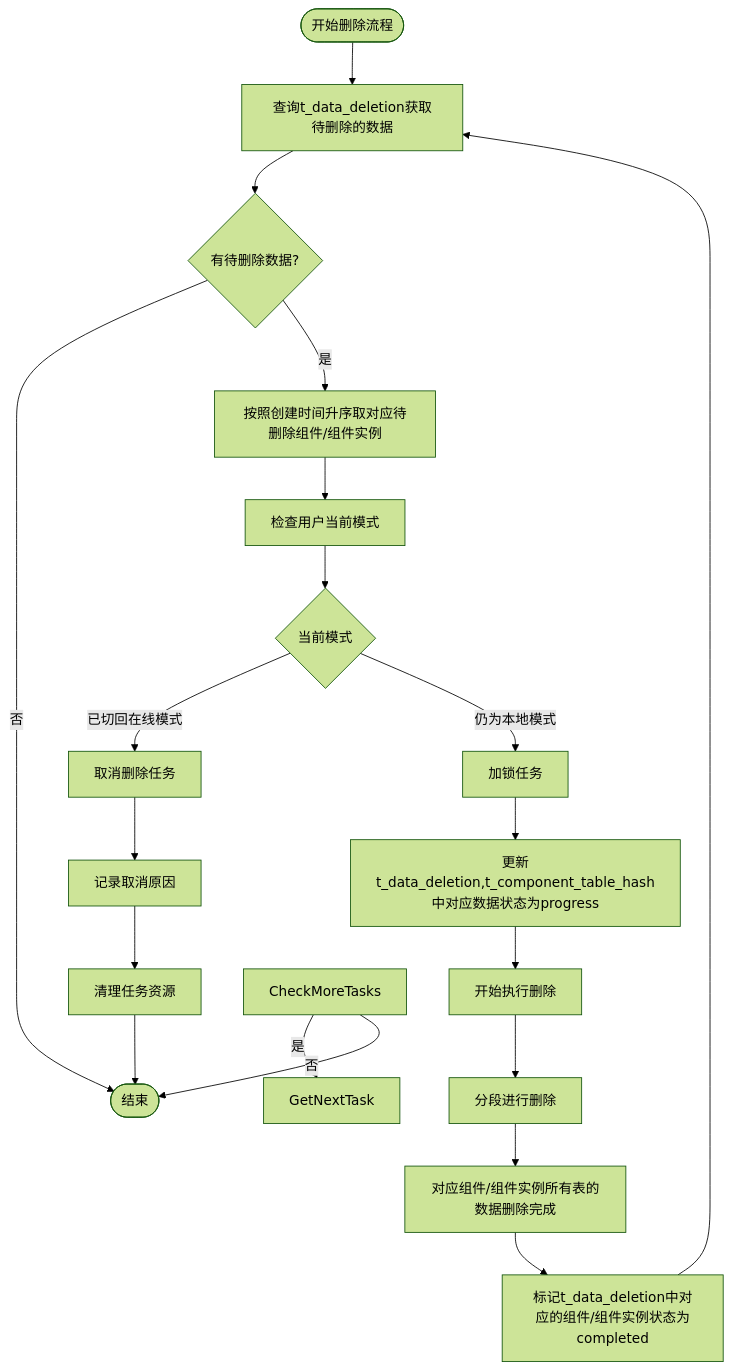
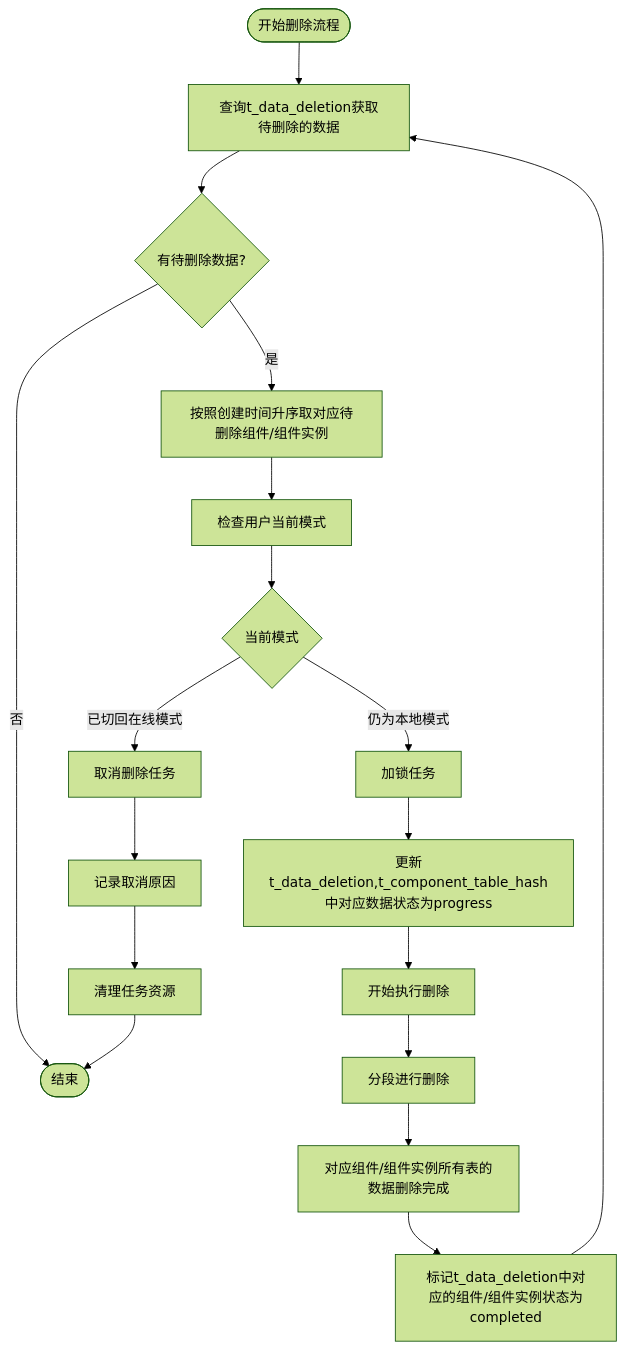
The diagram in all/未命名-51.md (yingjianzh/iodraw-files), drawn with Mermaid (forest theme) before and after one commit.

Commit message:
2025-05-08 15:37:20 update

````diff
--- a/all/未命名-51.md
+++ b/all/未命名-51.md
@@ -1,31 +1,28 @@
 ```mermaid
 flowchart TD
     Start([开始删除流程]) --> FetchTasks[查询t_data_deletion获取待删除的数据]
     FetchTasks --> HasTasks{有待删除数据?}
     
     HasTasks -->|否| End([结束])
     HasTasks -->|是| PrioritizeTasks[按照创建时间升序取对应待删除组件/组件实例]
     
     PrioritizeTasks --> CheckUserMode[检查用户当前模式]
     
     CheckUserMode --> CurrentMode{当前模式}
     CurrentMode -->|已切回在线模式| TaskCancel[取消删除任务]
     CurrentMode -->|仍为本地模式| LockTask[加锁任务]
     
     LockTask --> UpdateStatus[更新t_data_deletion,t_component_table_hash中对应数据状态为progress]
     UpdateStatus --> BeginDeletion[开始执行删除]
     
     BeginDeletion --> A[分段进行删除]
     
     A --> B[对应组件/组件实例所有表的数据删除完成]
     B --> MarkCompleted[标记t_data_deletion中对应的组件/组件实例状态为completed]
     
     TaskCancel --> LogCancellation[记录取消原因]
     LogCancellation --> CleanupTask[清理任务资源]
     
     MarkCompleted --> FetchTasks
-    CheckMoreTasks -->|是| GetNextTask
-    CheckMoreTasks -->|否| End
-    
     CleanupTask --> End
 ```
````
